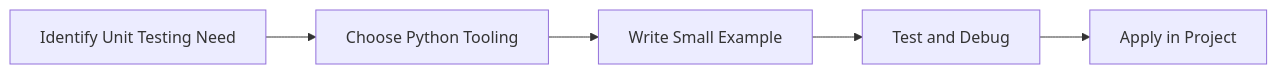
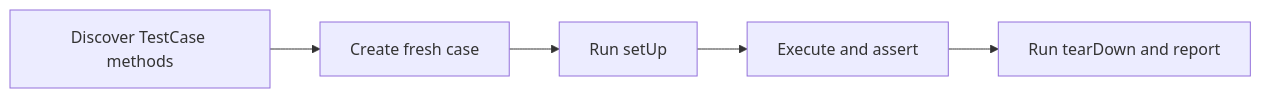
Before and after one commit to SYMOIZ/E-Learning-Portal: the diagram in Python-Mastery/Intermediate/31-unit-testing.md, drawn with Mermaid. The commit also changed other lines of this file and 116 other files, not shown here.

````diff
--- a/Python-Mastery/Intermediate/31-unit-testing.md
+++ b/Python-Mastery/Intermediate/31-unit-testing.md
@@ -146,7 +174,7 @@
 ```mermaid
 flowchart LR
-    A[Identify Unit Testing Need] --> B[Choose Python Tooling]
-    B --> C[Write Small Example]
-    C --> D[Test and Debug]
-    D --> E[Apply in Project]
+    A[Discover TestCase methods] --> B[Create fresh case]
+    B --> C[Run setUp]
+    C --> D[Execute and assert]
+    D --> E[Run tearDown and report]
 ```
````
